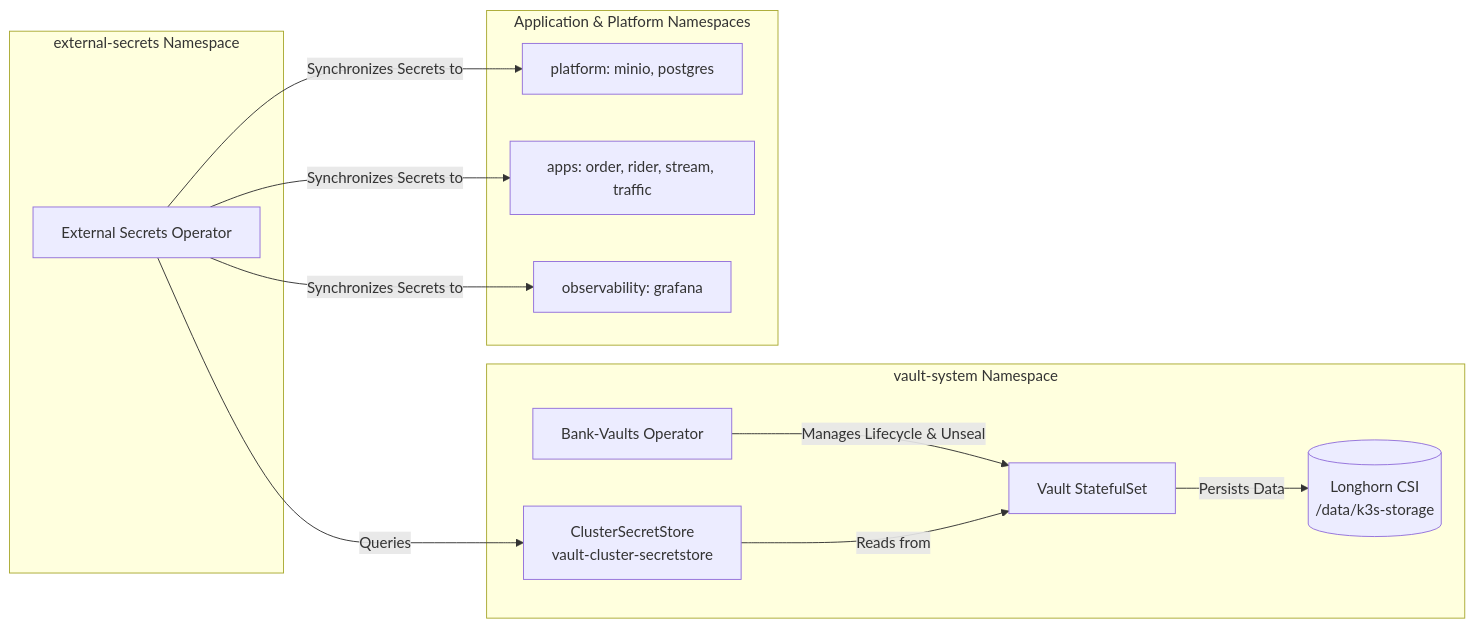
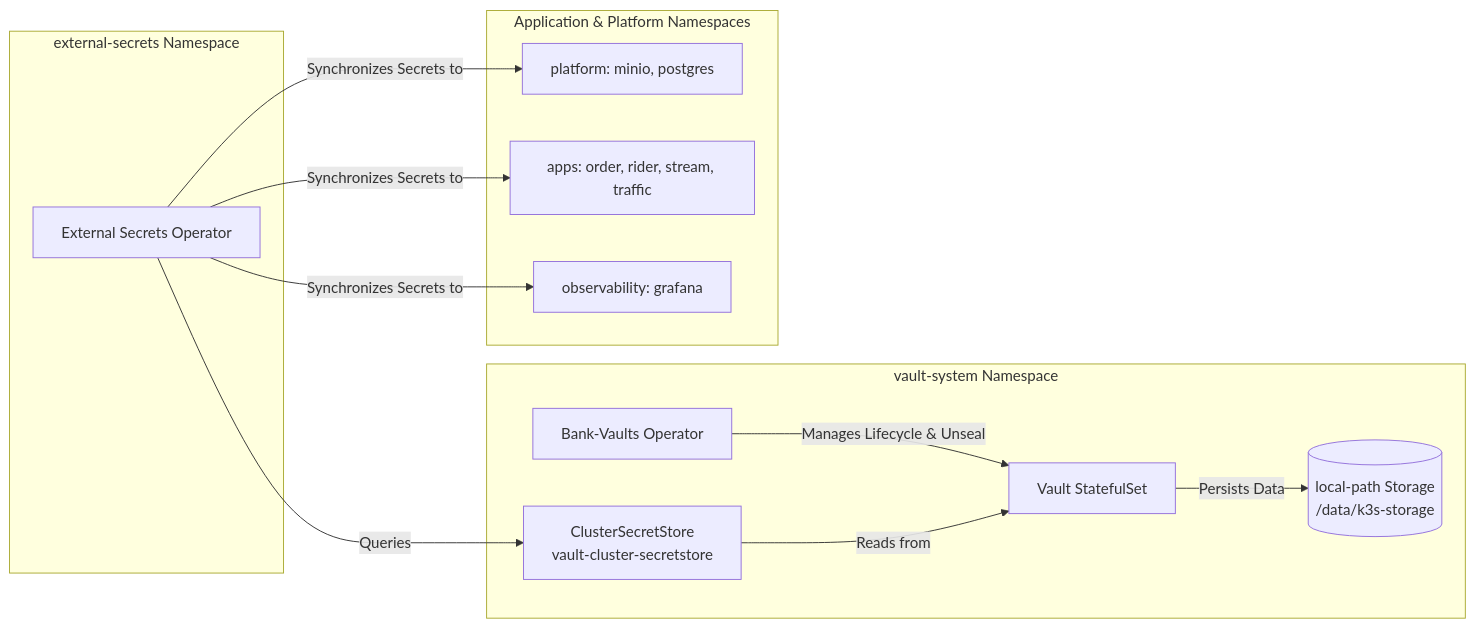
The third of 3 diagrams in docs/setup/README.md (gxxtrp/CloudNative-DataPlatform), drawn with Mermaid before and after one commit. The commit also changed other lines of this file and 4 other files, not shown here.

First line of the commit message:
docs: update platform documentation for single-node k3s and local-path storage

````diff
--- a/docs/setup/README.md
+++ b/docs/setup/README.md
@@ -197,18 +186,18 @@
 ```mermaid
 flowchart LR
     subgraph Security["vault-system Namespace"]
         O1[Bank-Vaults Operator] -->|Manages Lifecycle & Unseal| V[Vault StatefulSet]
-        V -->|Persists Data| LH[(Longhorn CSI<br/>/data/k3s-storage)]
+        V -->|Persists Data| LP[(local-path Storage<br/>/data/k3s-storage)]
         CSS[ClusterSecretStore<br/>vault-cluster-secretstore] -->|Reads from| V
     end
 
     subgraph ESO["external-secrets Namespace"]
         O2[External Secrets Operator] -->|Queries| CSS
     end
 
     subgraph Workloads["Application & Platform Namespaces"]
         O2 -->|Synchronizes Secrets to| P[platform: minio, postgres]
         O2 -->|Synchronizes Secrets to| A[apps: order, rider, stream, traffic]
         O2 -->|Synchronizes Secrets to| OB[observability: grafana]
     end
 ```
````
